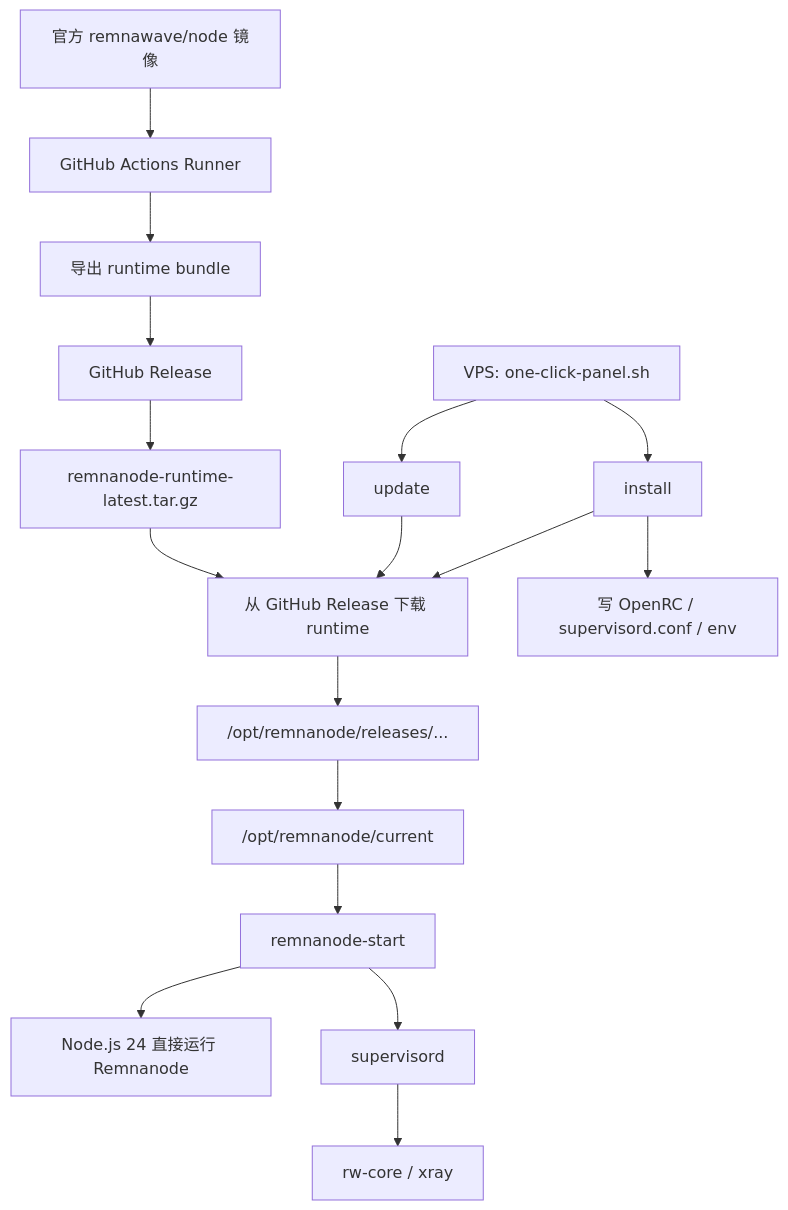
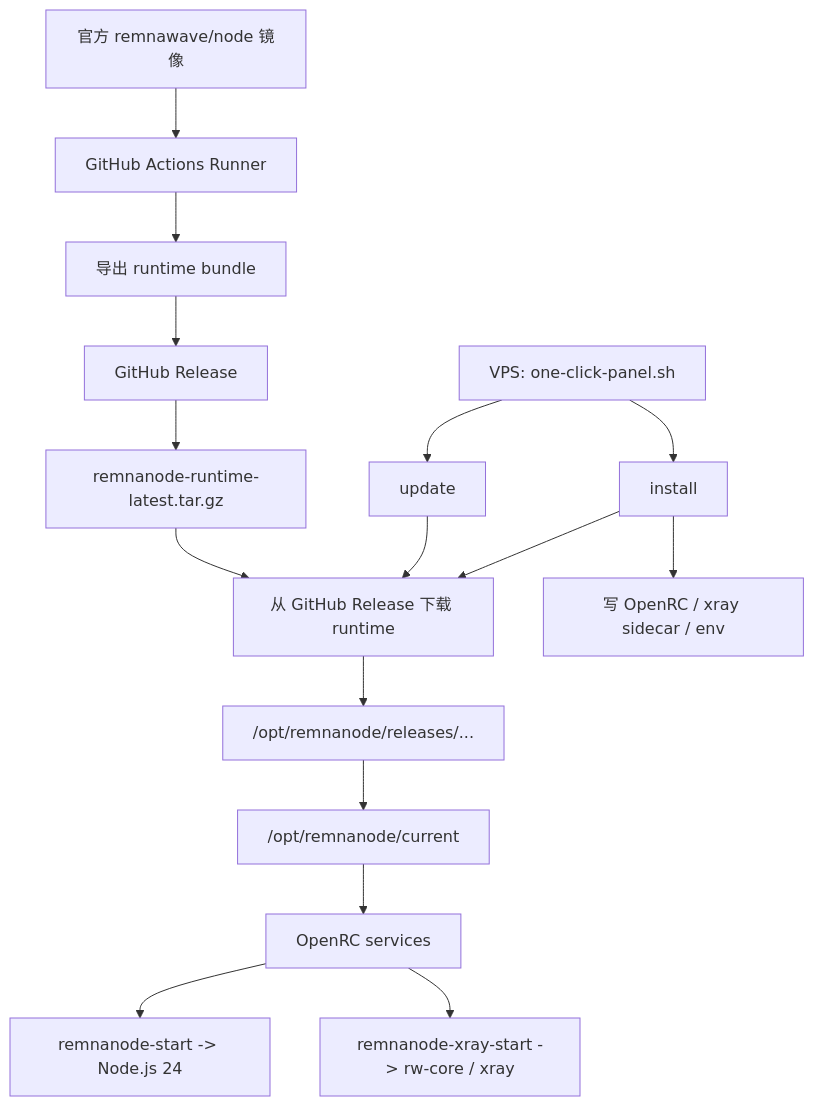
One commit to x-socks/remnanode-lite changed the diagram in README.md. Above: the diagram before and after it, drawn with Mermaid. The commit also changed other lines of this file and 6 other files, not shown here.

Commit message:
Switch Xray to OpenRC sidecar for low-memory hosts

````diff
--- a/README.md
+++ b/README.md
@@ -7,23 +7,22 @@
 ```mermaid
 flowchart TB
     A["官方 remnawave/node 镜像"] --> B["GitHub Actions Runner"]
     B --> C["导出 runtime bundle"]
     C --> D["GitHub Release"]
     D --> E["remnanode-runtime-latest.tar.gz"]
 
     F["VPS: one-click-panel.sh"] --> G["install"]
     F --> H["update"]
 
     G --> I["从 GitHub Release 下载 runtime"]
-    G --> J["写 OpenRC / supervisord.conf / env"]
+    G --> J["写 OpenRC / xray sidecar / env"]
 
     H --> I
 
     E --> I
     I --> K["/opt/remnanode/releases/..."]
     K --> L["/opt/remnanode/current"]
-    L --> M["remnanode-start"]
-    M --> N["Node.js 24 直接运行 Remnanode"]
-    M --> O["supervisord"]
-    O --> P["rw-core / xray"]
+    L --> M["OpenRC services"]
+    M --> N["remnanode-start -> Node.js 24"]
+    M --> O["remnanode-xray-start -> rw-core / xray"]
 ```
````
